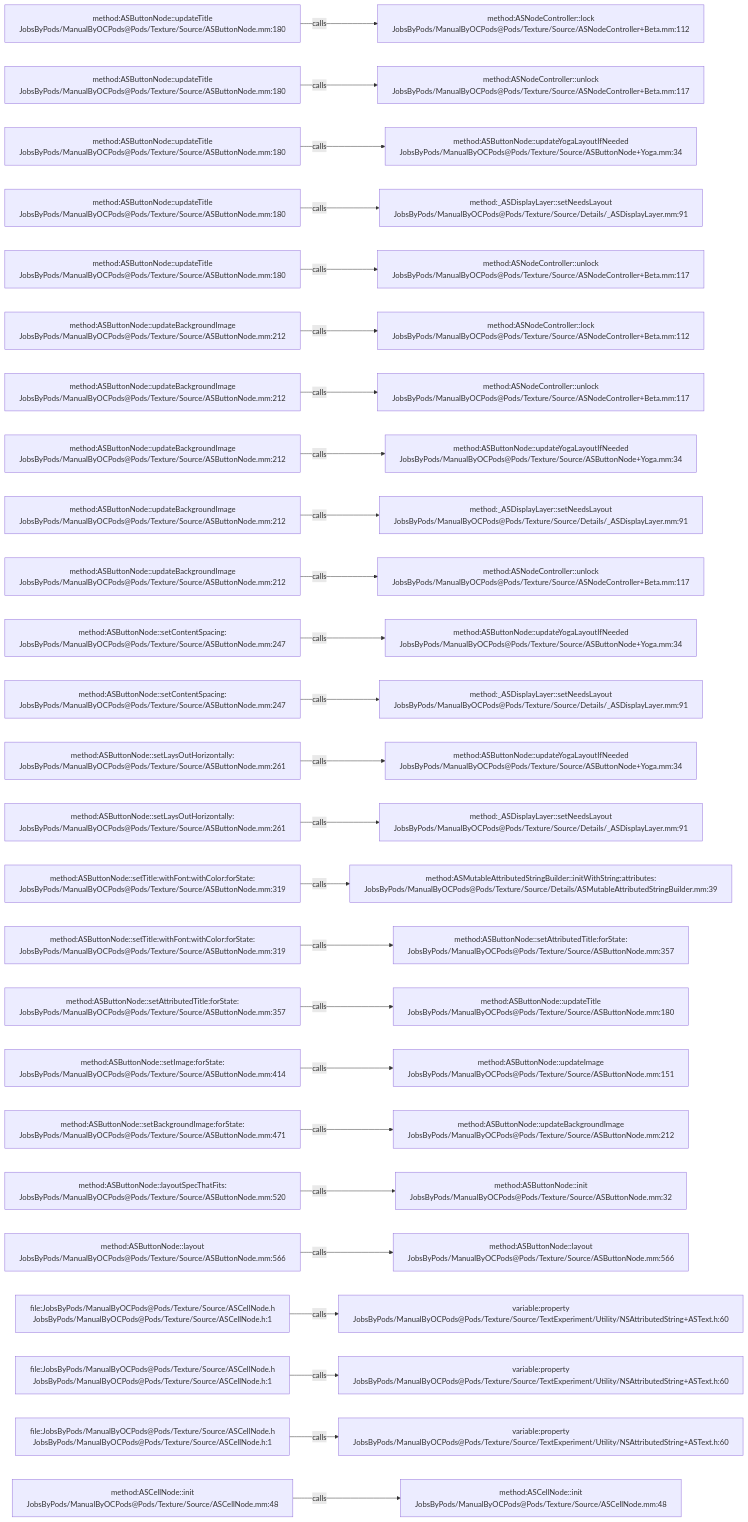
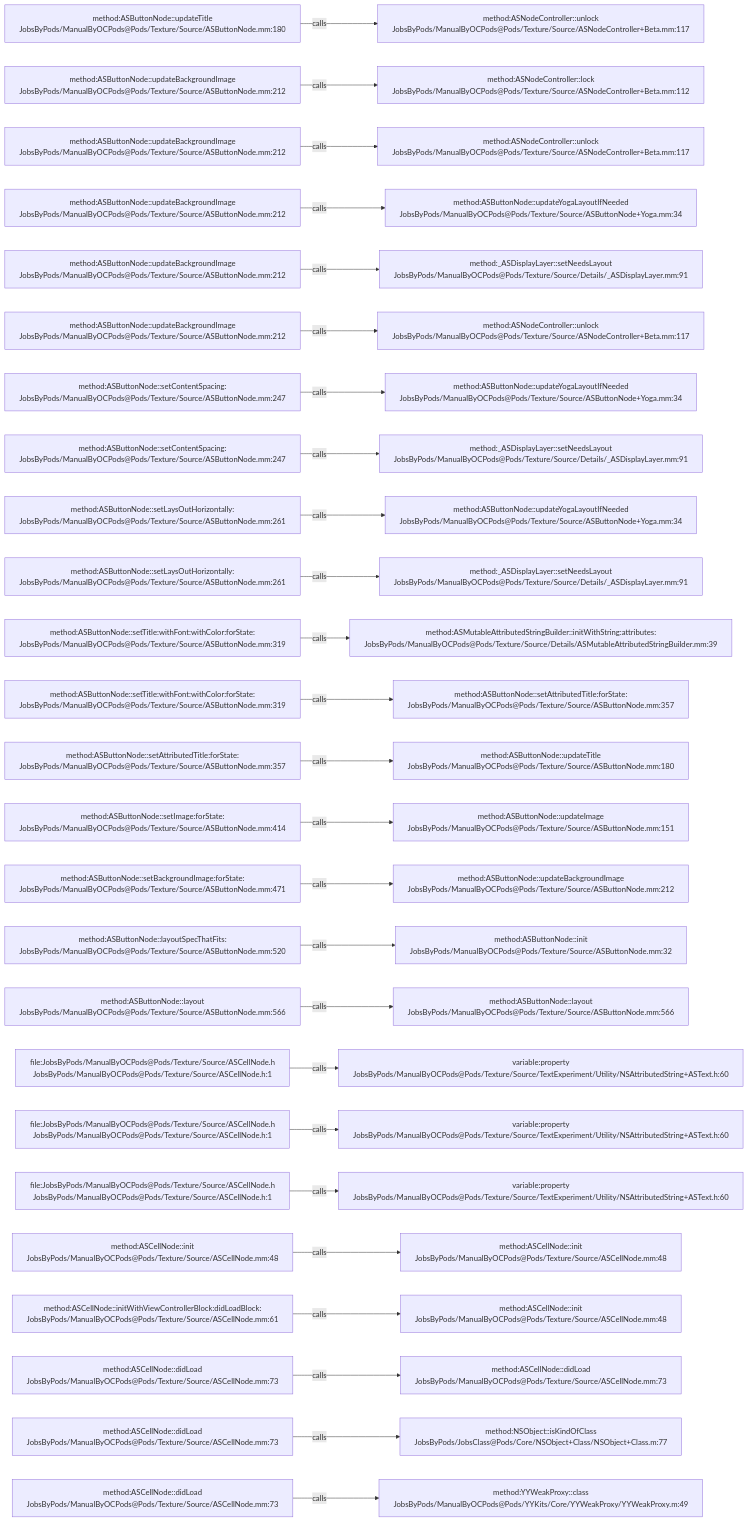
One commit to JobsKits/JobsOCBaseConfigDemo changed the diagram in .codegraph/codegraph.md/graphs/calls-070.md. Above: the diagram before and after it, drawn with Mermaid. The commit also changed 727 other files, not shown here.

````diff
--- a/.codegraph/codegraph.md/graphs/calls-070.md
+++ b/.codegraph/codegraph.md/graphs/calls-070.md
@@ -13,78 +13,78 @@
 ```mermaid
 flowchart LR
   S1["method:ASButtonNode::updateTitle<br/>JobsByPods/ManualByOCPods@Pods/Texture/Source/ASButtonNode.mm:180"]
-  T1["method:ASNodeController::lock<br/>JobsByPods/ManualByOCPods@Pods/Texture/Source/ASNodeController+Beta.mm:112"]
+  T1["method:ASNodeController::unlock<br/>JobsByPods/ManualByOCPods@Pods/Texture/Source/ASNodeController+Beta.mm:117"]
   S1 -->|calls| T1
-  S2["method:ASButtonNode::updateTitle<br/>JobsByPods/ManualByOCPods@Pods/Texture/Source/ASButtonNode.mm:180"]
-  T2["method:ASNodeController::unlock<br/>JobsByPods/ManualByOCPods@Pods/Texture/Source/ASNodeController+Beta.mm:117"]
+  S2["method:ASButtonNode::updateBackgroundImage<br/>JobsByPods/ManualByOCPods@Pods/Texture/Source/ASButtonNode.mm:212"]
+  T2["method:ASNodeController::lock<br/>JobsByPods/ManualByOCPods@Pods/Texture/Source/ASNodeController+Beta.mm:112"]
   S2 -->|calls| T2
-  S3["method:ASButtonNode::updateTitle<br/>JobsByPods/ManualByOCPods@Pods/Texture/Source/ASButtonNode.mm:180"]
-  T3["method:ASButtonNode::updateYogaLayoutIfNeeded<br/>JobsByPods/ManualByOCPods@Pods/Texture/Source/ASButtonNode+Yoga.mm:34"]
+  S3["method:ASButtonNode::updateBackgroundImage<br/>JobsByPods/ManualByOCPods@Pods/Texture/Source/ASButtonNode.mm:212"]
+  T3["method:ASNodeController::unlock<br/>JobsByPods/ManualByOCPods@Pods/Texture/Source/ASNodeController+Beta.mm:117"]
   S3 -->|calls| T3
-  S4["method:ASButtonNode::updateTitle<br/>JobsByPods/ManualByOCPods@Pods/Texture/Source/ASButtonNode.mm:180"]
-  T4["method:_ASDisplayLayer::setNeedsLayout<br/>JobsByPods/ManualByOCPods@Pods/Texture/Source/Details/_ASDisplayLayer.mm:91"]
+  S4["method:ASButtonNode::updateBackgroundImage<br/>JobsByPods/ManualByOCPods@Pods/Texture/Source/ASButtonNode.mm:212"]
+  T4["method:ASButtonNode::updateYogaLayoutIfNeeded<br/>JobsByPods/ManualByOCPods@Pods/Texture/Source/ASButtonNode+Yoga.mm:34"]
   S4 -->|calls| T4
-  S5["method:ASButtonNode::updateTitle<br/>JobsByPods/ManualByOCPods@Pods/Texture/Source/ASButtonNode.mm:180"]
-  T5["method:ASNodeController::unlock<br/>JobsByPods/ManualByOCPods@Pods/Texture/Source/ASNodeController+Beta.mm:117"]
+  S5["method:ASButtonNode::updateBackgroundImage<br/>JobsByPods/ManualByOCPods@Pods/Texture/Source/ASButtonNode.mm:212"]
+  T5["method:_ASDisplayLayer::setNeedsLayout<br/>JobsByPods/ManualByOCPods@Pods/Texture/Source/Details/_ASDisplayLayer.mm:91"]
   S5 -->|calls| T5
   S6["method:ASButtonNode::updateBackgroundImage<br/>JobsByPods/ManualByOCPods@Pods/Texture/Source/ASButtonNode.mm:212"]
-  T6["method:ASNodeController::lock<br/>JobsByPods/ManualByOCPods@Pods/Texture/Source/ASNodeController+Beta.mm:112"]
+  T6["method:ASNodeController::unlock<br/>JobsByPods/ManualByOCPods@Pods/Texture/Source/ASNodeController+Beta.mm:117"]
   S6 -->|calls| T6
-  S7["method:ASButtonNode::updateBackgroundImage<br/>JobsByPods/ManualByOCPods@Pods/Texture/Source/ASButtonNode.mm:212"]
-  T7["method:ASNodeController::unlock<br/>JobsByPods/ManualByOCPods@Pods/Texture/Source/ASNodeController+Beta.mm:117"]
+  S7["method:ASButtonNode::setContentSpacing:<br/>JobsByPods/ManualByOCPods@Pods/Texture/Source/ASButtonNode.mm:247"]
+  T7["method:ASButtonNode::updateYogaLayoutIfNeeded<br/>JobsByPods/ManualByOCPods@Pods/Texture/Source/ASButtonNode+Yoga.mm:34"]
   S7 -->|calls| T7
-  S8["method:ASButtonNode::updateBackgroundImage<br/>JobsByPods/ManualByOCPods@Pods/Texture/Source/ASButtonNode.mm:212"]
-  T8["method:ASButtonNode::updateYogaLayoutIfNeeded<br/>JobsByPods/ManualByOCPods@Pods/Texture/Source/ASButtonNode+Yoga.mm:34"]
+  S8["method:ASButtonNode::setContentSpacing:<br/>JobsByPods/ManualByOCPods@Pods/Texture/Source/ASButtonNode.mm:247"]
+  T8["method:_ASDisplayLayer::setNeedsLayout<br/>JobsByPods/ManualByOCPods@Pods/Texture/Source/Details/_ASDisplayLayer.mm:91"]
   S8 -->|calls| T8
-  S9["method:ASButtonNode::updateBackgroundImage<br/>JobsByPods/ManualByOCPods@Pods/Texture/Source/ASButtonNode.mm:212"]
-  T9["method:_ASDisplayLayer::setNeedsLayout<br/>JobsByPods/ManualByOCPods@Pods/Texture/Source/Details/_ASDisplayLayer.mm:91"]
+  S9["method:ASButtonNode::setLaysOutHorizontally:<br/>JobsByPods/ManualByOCPods@Pods/Texture/Source/ASButtonNode.mm:261"]
+  T9["method:ASButtonNode::updateYogaLayoutIfNeeded<br/>JobsByPods/ManualByOCPods@Pods/Texture/Source/ASButtonNode+Yoga.mm:34"]
   S9 -->|calls| T9
-  S10["method:ASButtonNode::updateBackgroundImage<br/>JobsByPods/ManualByOCPods@Pods/Texture/Source/ASButtonNode.mm:212"]
-  T10["method:ASNodeController::unlock<br/>JobsByPods/ManualByOCPods@Pods/Texture/Source/ASNodeController+Beta.mm:117"]
+  S10["method:ASButtonNode::setLaysOutHorizontally:<br/>JobsByPods/ManualByOCPods@Pods/Texture/Source/ASButtonNode.mm:261"]
+  T10["method:_ASDisplayLayer::setNeedsLayout<br/>JobsByPods/ManualByOCPods@Pods/Texture/Source/Details/_ASDisplayLayer.mm:91"]
   S10 -->|calls| T10
-  S11["method:ASButtonNode::setContentSpacing:<br/>JobsByPods/ManualByOCPods@Pods/Texture/Source/ASButtonNode.mm:247"]
-  T11["method:ASButtonNode::updateYogaLayoutIfNeeded<br/>JobsByPods/ManualByOCPods@Pods/Texture/Source/ASButtonNode+Yoga.mm:34"]
+  S11["method:ASButtonNode::setTitle:withFont:withColor:forState:<br/>JobsByPods/ManualByOCPods@Pods/Texture/Source/ASButtonNode.mm:319"]
+  T11["method:ASMutableAttributedStringBuilder::initWithString:attributes:<br/>JobsByPods/ManualByOCPods@Pods/Texture/Source/Details/ASMutableAttributedStringBuilder.mm:39"]
   S11 -->|calls| T11
-  S12["method:ASButtonNode::setContentSpacing:<br/>JobsByPods/ManualByOCPods@Pods/Texture/Source/ASButtonNode.mm:247"]
-  T12["method:_ASDisplayLayer::setNeedsLayout<br/>JobsByPods/ManualByOCPods@Pods/Texture/Source/Details/_ASDisplayLayer.mm:91"]
+  S12["method:ASButtonNode::setTitle:withFont:withColor:forState:<br/>JobsByPods/ManualByOCPods@Pods/Texture/Source/ASButtonNode.mm:319"]
+  T12["method:ASButtonNode::setAttributedTitle:forState:<br/>JobsByPods/ManualByOCPods@Pods/Texture/Source/ASButtonNode.mm:357"]
   S12 -->|calls| T12
-  S13["method:ASButtonNode::setLaysOutHorizontally:<br/>JobsByPods/ManualByOCPods@Pods/Texture/Source/ASButtonNode.mm:261"]
-  T13["method:ASButtonNode::updateYogaLayoutIfNeeded<br/>JobsByPods/ManualByOCPods@Pods/Texture/Source/ASButtonNode+Yoga.mm:34"]
+  S13["method:ASButtonNode::setAttributedTitle:forState:<br/>JobsByPods/ManualByOCPods@Pods/Texture/Source/ASButtonNode.mm:357"]
+  T13["method:ASButtonNode::updateTitle<br/>JobsByPods/ManualByOCPods@Pods/Texture/Source/ASButtonNode.mm:180"]
   S13 -->|calls| T13
-  S14["method:ASButtonNode::setLaysOutHorizontally:<br/>JobsByPods/ManualByOCPods@Pods/Texture/Source/ASButtonNode.mm:261"]
-  T14["method:_ASDisplayLayer::setNeedsLayout<br/>JobsByPods/ManualByOCPods@Pods/Texture/Source/Details/_ASDisplayLayer.mm:91"]
+  S14["method:ASButtonNode::setImage:forState:<br/>JobsByPods/ManualByOCPods@Pods/Texture/Source/ASButtonNode.mm:414"]
+  T14["method:ASButtonNode::updateImage<br/>JobsByPods/ManualByOCPods@Pods/Texture/Source/ASButtonNode.mm:151"]
   S14 -->|calls| T14
-  S15["method:ASButtonNode::setTitle:withFont:withColor:forState:<br/>JobsByPods/ManualByOCPods@Pods/Texture/Source/ASButtonNode.mm:319"]
-  T15["method:ASMutableAttributedStringBuilder::initWithString:attributes:<br/>JobsByPods/ManualByOCPods@Pods/Texture/Source/Details/ASMutableAttributedStringBuilder.mm:39"]
+  S15["method:ASButtonNode::setBackgroundImage:forState:<br/>JobsByPods/ManualByOCPods@Pods/Texture/Source/ASButtonNode.mm:471"]
+  T15["method:ASButtonNode::updateBackgroundImage<br/>JobsByPods/ManualByOCPods@Pods/Texture/Source/ASButtonNode.mm:212"]
   S15 -->|calls| T15
-  S16["method:ASButtonNode::setTitle:withFont:withColor:forState:<br/>JobsByPods/ManualByOCPods@Pods/Texture/Source/ASButtonNode.mm:319"]
-  T16["method:ASButtonNode::setAttributedTitle:forState:<br/>JobsByPods/ManualByOCPods@Pods/Texture/Source/ASButtonNode.mm:357"]
+  S16["method:ASButtonNode::layoutSpecThatFits:<br/>JobsByPods/ManualByOCPods@Pods/Texture/Source/ASButtonNode.mm:520"]
+  T16["method:ASButtonNode::init<br/>JobsByPods/ManualByOCPods@Pods/Texture/Source/ASButtonNode.mm:32"]
   S16 -->|calls| T16
-  S17["method:ASButtonNode::setAttributedTitle:forState:<br/>JobsByPods/ManualByOCPods@Pods/Texture/Source/ASButtonNode.mm:357"]
-  T17["method:ASButtonNode::updateTitle<br/>JobsByPods/ManualByOCPods@Pods/Texture/Source/ASButtonNode.mm:180"]
+  S17["method:ASButtonNode::layout<br/>JobsByPods/ManualByOCPods@Pods/Texture/Source/ASButtonNode.mm:566"]
+  T17["method:ASButtonNode::layout<br/>JobsByPods/ManualByOCPods@Pods/Texture/Source/ASButtonNode.mm:566"]
   S17 -->|calls| T17
-  S18["method:ASButtonNode::setImage:forState:<br/>JobsByPods/ManualByOCPods@Pods/Texture/Source/ASButtonNode.mm:414"]
-  T18["method:ASButtonNode::updateImage<br/>JobsByPods/ManualByOCPods@Pods/Texture/Source/ASButtonNode.mm:151"]
+  S18["file:JobsByPods/ManualByOCPods@Pods/Texture/Source/ASCellNode.h<br/>JobsByPods/ManualByOCPods@Pods/Texture/Source/ASCellNode.h:1"]
+  T18["variable:property<br/>JobsByPods/ManualByOCPods@Pods/Texture/Source/TextExperiment/Utility/NSAttributedString+ASText.h:60"]
   S18 -->|calls| T18
-  S19["method:ASButtonNode::setBackgroundImage:forState:<br/>JobsByPods/ManualByOCPods@Pods/Texture/Source/ASButtonNode.mm:471"]
-  T19["method:ASButtonNode::updateBackgroundImage<br/>JobsByPods/ManualByOCPods@Pods/Texture/Source/ASButtonNode.mm:212"]
+  S19["file:JobsByPods/ManualByOCPods@Pods/Texture/Source/ASCellNode.h<br/>JobsByPods/ManualByOCPods@Pods/Texture/Source/ASCellNode.h:1"]
+  T19["variable:property<br/>JobsByPods/ManualByOCPods@Pods/Texture/Source/TextExperiment/Utility/NSAttributedString+ASText.h:60"]
   S19 -->|calls| T19
-  S20["method:ASButtonNode::layoutSpecThatFits:<br/>JobsByPods/ManualByOCPods@Pods/Texture/Source/ASButtonNode.mm:520"]
-  T20["method:ASButtonNode::init<br/>JobsByPods/ManualByOCPods@Pods/Texture/Source/ASButtonNode.mm:32"]
+  S20["file:JobsByPods/ManualByOCPods@Pods/Texture/Source/ASCellNode.h<br/>JobsByPods/ManualByOCPods@Pods/Texture/Source/ASCellNode.h:1"]
+  T20["variable:property<br/>JobsByPods/ManualByOCPods@Pods/Texture/Source/TextExperiment/Utility/NSAttributedString+ASText.h:60"]
   S20 -->|calls| T20
-  S21["method:ASButtonNode::layout<br/>JobsByPods/ManualByOCPods@Pods/Texture/Source/ASButtonNode.mm:566"]
-  T21["method:ASButtonNode::layout<br/>JobsByPods/ManualByOCPods@Pods/Texture/Source/ASButtonNode.mm:566"]
+  S21["method:ASCellNode::init<br/>JobsByPods/ManualByOCPods@Pods/Texture/Source/ASCellNode.mm:48"]
+  T21["method:ASCellNode::init<br/>JobsByPods/ManualByOCPods@Pods/Texture/Source/ASCellNode.mm:48"]
   S21 -->|calls| T21
-  S22["file:JobsByPods/ManualByOCPods@Pods/Texture/Source/ASCellNode.h<br/>JobsByPods/ManualByOCPods@Pods/Texture/Source/ASCellNode.h:1"]
-  T22["variable:property<br/>JobsByPods/ManualByOCPods@Pods/Texture/Source/TextExperiment/Utility/NSAttributedString+ASText.h:60"]
+  S22["method:ASCellNode::initWithViewControllerBlock:didLoadBlock:<br/>JobsByPods/ManualByOCPods@Pods/Texture/Source/ASCellNode.mm:61"]
+  T22["method:ASCellNode::init<br/>JobsByPods/ManualByOCPods@Pods/Texture/Source/ASCellNode.mm:48"]
   S22 -->|calls| T22
-  S23["file:JobsByPods/ManualByOCPods@Pods/Texture/Source/ASCellNode.h<br/>JobsByPods/ManualByOCPods@Pods/Texture/Source/ASCellNode.h:1"]
-  T23["variable:property<br/>JobsByPods/ManualByOCPods@Pods/Texture/Source/TextExperiment/Utility/NSAttributedString+ASText.h:60"]
+  S23["method:ASCellNode::didLoad<br/>JobsByPods/ManualByOCPods@Pods/Texture/Source/ASCellNode.mm:73"]
+  T23["method:ASCellNode::didLoad<br/>JobsByPods/ManualByOCPods@Pods/Texture/Source/ASCellNode.mm:73"]
   S23 -->|calls| T23
-  S24["file:JobsByPods/ManualByOCPods@Pods/Texture/Source/ASCellNode.h<br/>JobsByPods/ManualByOCPods@Pods/Texture/Source/ASCellNode.h:1"]
-  T24["variable:property<br/>JobsByPods/ManualByOCPods@Pods/Texture/Source/TextExperiment/Utility/NSAttributedString+ASText.h:60"]
+  S24["method:ASCellNode::didLoad<br/>JobsByPods/ManualByOCPods@Pods/Texture/Source/ASCellNode.mm:73"]
+  T24["method:NSObject::isKindOfClass<br/>JobsByPods/JobsClass@Pods/Core/NSObject+Class/NSObject+Class.m:77"]
   S24 -->|calls| T24
-  S25["method:ASCellNode::init<br/>JobsByPods/ManualByOCPods@Pods/Texture/Source/ASCellNode.mm:48"]
-  T25["method:ASCellNode::init<br/>JobsByPods/ManualByOCPods@Pods/Texture/Source/ASCellNode.mm:48"]
+  S25["method:ASCellNode::didLoad<br/>JobsByPods/ManualByOCPods@Pods/Texture/Source/ASCellNode.mm:73"]
+  T25["method:YYWeakProxy::class<br/>JobsByPods/ManualByOCPods@Pods/YYKits/Core/YYWeakProxy/YYWeakProxy.m:49"]
   S25 -->|calls| T25
 ```
````
